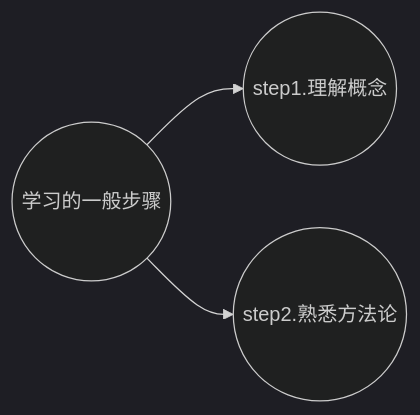
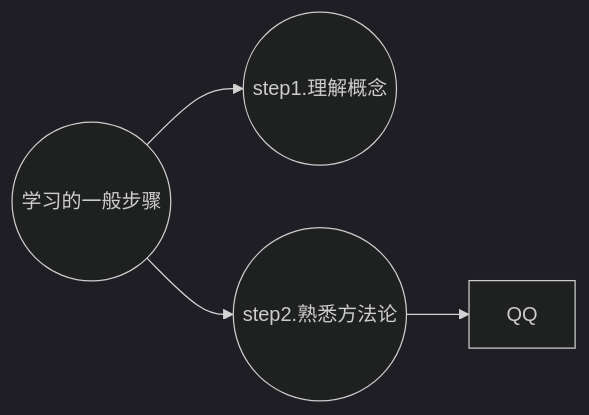
One commit to lion21cn/AEnglishLearner changed the diagram in 7学习策略/701.浅谈学习策略.md. Above: the diagram before and after it, drawn with Mermaid (dark theme).

````diff
--- a/7学习策略/701.浅谈学习策略.md
+++ b/7学习策略/701.浅谈学习策略.md
@@ -5,7 +5,8 @@
 ```mermaid
 graph LR
 A(( 学习的一般步骤)) --> B(( step1.理解概念 ))
 A--> B1(( step2.熟悉方法论 ))
+B1--> C[ QQ ]
 
 
 ```
````
